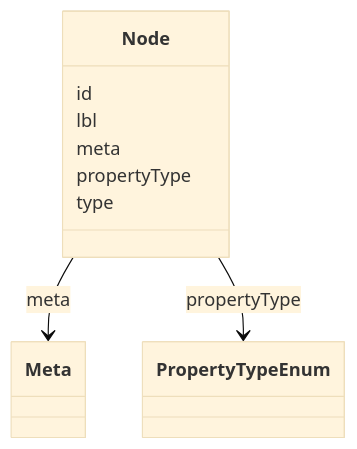
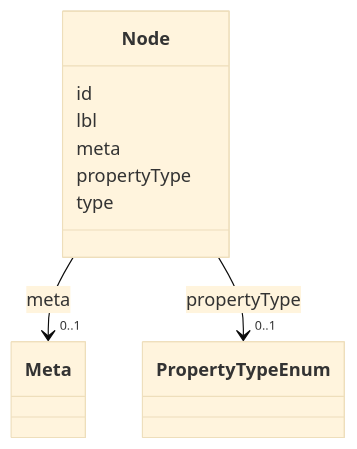
The diagram in obograph/Node.md (INCATools/ontology-access-kit), drawn with Mermaid (base theme) before and after one commit. The commit also changed other lines of this file and 3329 other files, not shown here.

````diff
--- a/obograph/Node.md
+++ b/obograph/Node.md
@@ -17,19 +19,30 @@
 ```{mermaid}
  classDiagram
     class Node
+    click Node href "../Node"
       Node : id
         
       Node : lbl
         
       Node : meta
         
-          Node --> Meta : meta
+          
+    
+    
+    Node --> "0..1" Meta : meta
+    click Meta href "../Meta"
+
         
       Node : propertyType
         
-          Node --> PropertyTypeEnum : propertyType
+          
+    
+    
+    Node --> "0..1" PropertyTypeEnum : propertyType
+    click PropertyTypeEnum href "../PropertyTypeEnum"
+
         
       Node : type
         
       
 ```
````
